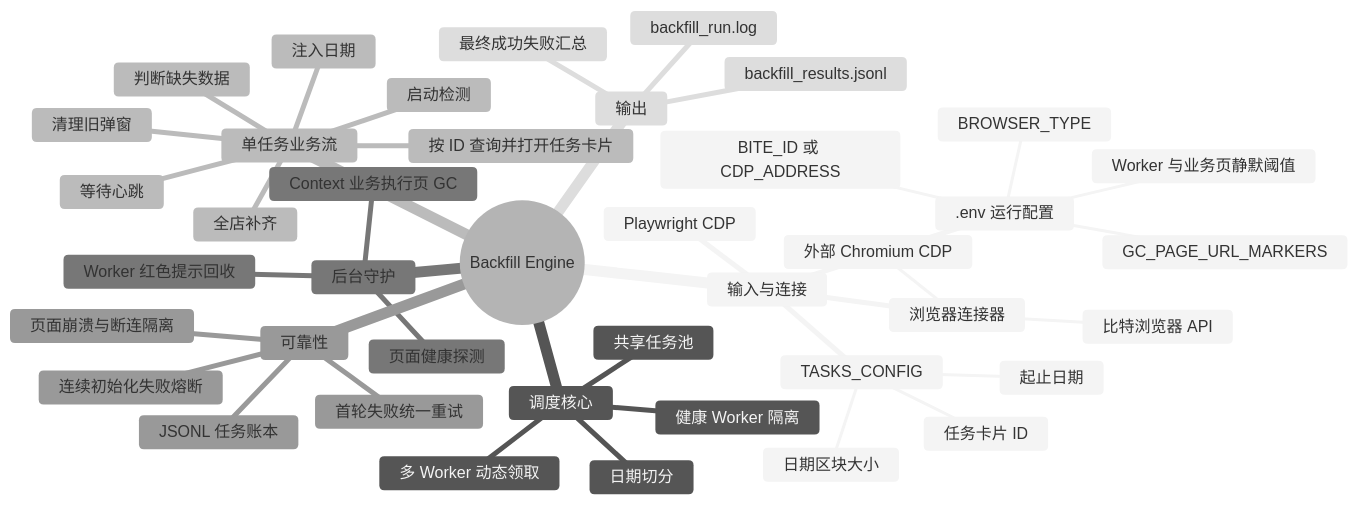
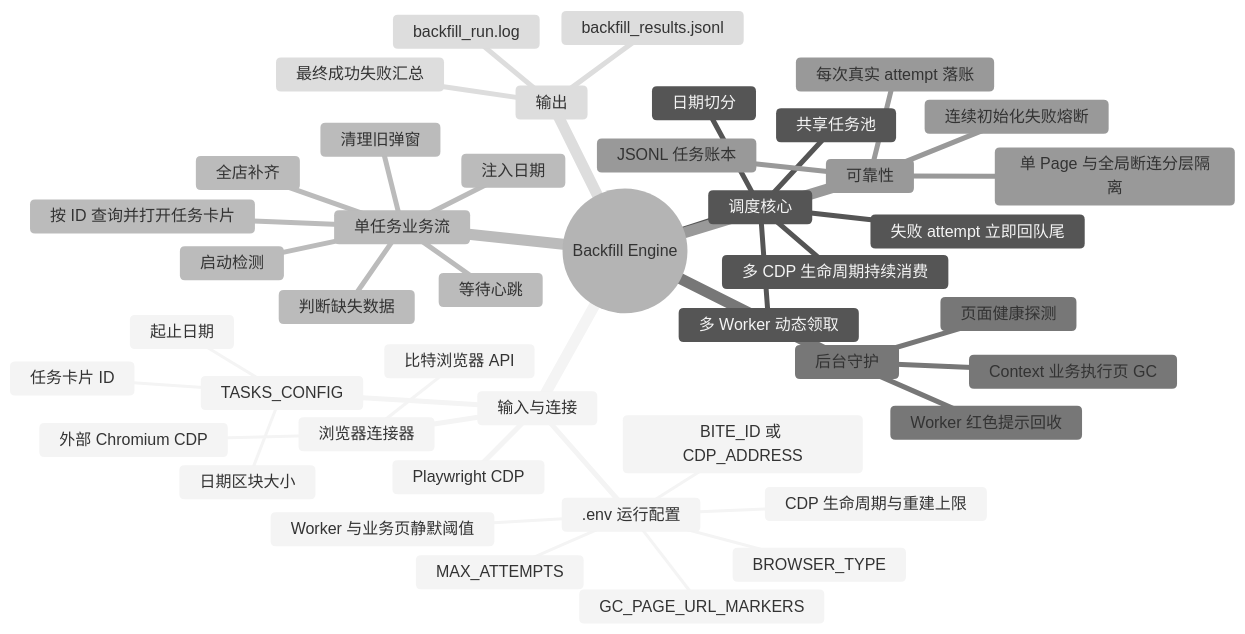
One commit to liao084/BitBrowser-Backfill-Engine changed the first of 15 diagrams in ARCHITECTURE.md. Above: the diagram before and after it, drawn with Mermaid (neutral theme). The commit also changed other lines of this file and 7 other files, not shown here.

````diff
--- a/ARCHITECTURE.md
+++ b/ARCHITECTURE.md
@@ -14,44 +14,47 @@
 ```mermaid
 mindmap
   root((Backfill Engine))
     输入与连接
       .env 运行配置
         BROWSER_TYPE
         BITE_ID 或 CDP_ADDRESS
         GC_PAGE_URL_MARKERS
         Worker 与业务页静默阈值
+        MAX_ATTEMPTS
+        CDP 生命周期与重建上限
       TASKS_CONFIG
         任务卡片 ID
         起止日期
         日期区块大小
       浏览器连接器
         比特浏览器 API
         外部 Chromium CDP
       Playwright CDP
     调度核心
       日期切分
       共享任务池
       多 Worker 动态领取
-      健康 Worker 隔离
+      失败 attempt 立即回队尾
+      多 CDP 生命周期持续消费
     单任务业务流
       清理旧弹窗
       按 ID 查询并打开任务卡片
       注入日期
       启动检测
       判断缺失数据
       全店补齐
       等待心跳
     后台守护
       Worker 红色提示回收
       Context 业务执行页 GC
       页面健康探测
     可靠性
       JSONL 任务账本
-      首轮失败统一重试
+      每次真实 attempt 落账
       连续初始化失败熔断
-      页面崩溃与断连隔离
+      单 Page 与全局断连分层隔离
     输出
       backfill_run.log
       backfill_results.jsonl
       最终成功失败汇总
 ```
````
